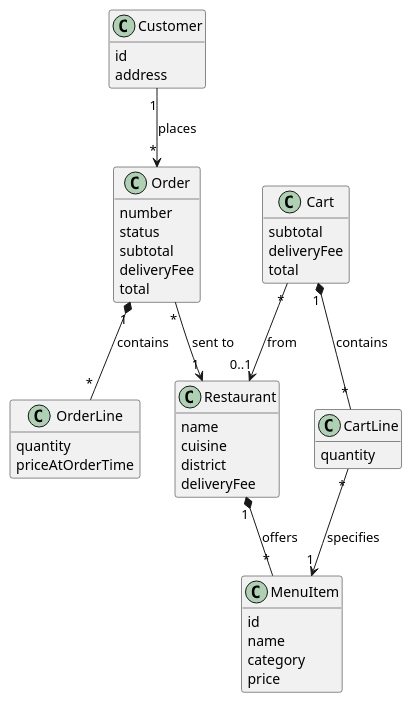
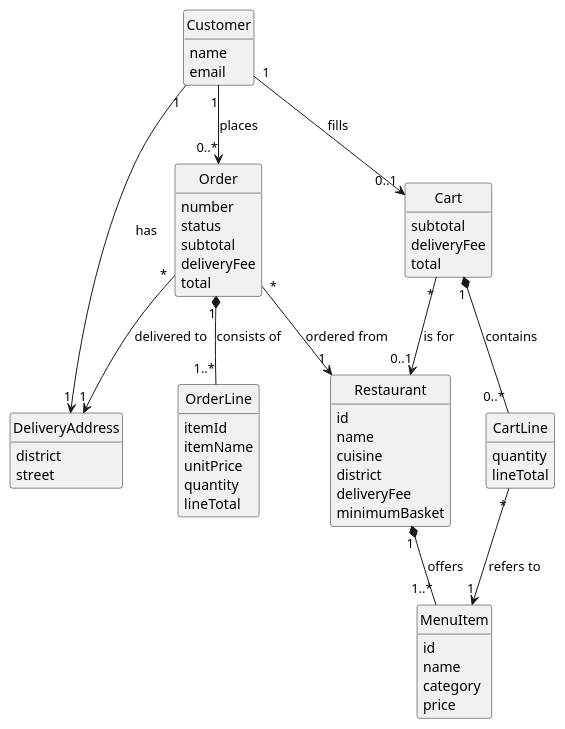
Before and after one commit to Furkandm8xs1/oop_termproject: the diagram in docs/diagrams/domain-model.puml, drawn with PlantUML. The commit also changed 10 other files, not shown here.

```diff
--- a/docs/diagrams/domain-model.puml
+++ b/docs/diagrams/domain-model.puml
@@ -1,53 +1,68 @@
 @startuml domain-model
 hide methods
+hide circle
 
 class Customer {
-  id
-  address
+  name
+  email
+}
+
+class DeliveryAddress {
+  district
+  street
 }
 
 class Restaurant {
+  id
   name
   cuisine
   district
   deliveryFee
+  minimumBasket
 }
 
 class MenuItem {
   id
   name
   category
   price
 }
 
 class Cart {
   subtotal
   deliveryFee
   total
 }
 
 class CartLine {
   quantity
+  lineTotal
 }
 
 class Order {
   number
   status
   subtotal
   deliveryFee
   total
 }
 
 class OrderLine {
+  itemId
+  itemName
+  unitPrice
   quantity
-  priceAtOrderTime
+  lineTotal
 }
 
-Restaurant "1" *-- "*" MenuItem : offers
-Cart "1" *-- "*" CartLine : contains
-CartLine "*" --> "1" MenuItem : specifies
-Order "1" *-- "*" OrderLine : contains
-Customer "1" --> "*" Order : places
-Order "*" --> "1" Restaurant : sent to
-Cart "*" --> "0..1" Restaurant : from
+Customer "1" --> "1" DeliveryAddress : has
+Customer "1" --> "0..1" Cart : fills
+Cart "1" *-- "0..*" CartLine : contains
+CartLine "*" --> "1" MenuItem : refers to
+Cart "*" --> "0..1" Restaurant : is for
+Restaurant "1" *-- "1..*" MenuItem : offers
+Customer "1" --> "0..*" Order : places
+Order "*" --> "1" Restaurant : ordered from
+Order "1" *-- "1..*" OrderLine : consists of
+Order "*" --> "1" DeliveryAddress : delivered to
 @enduml
```
